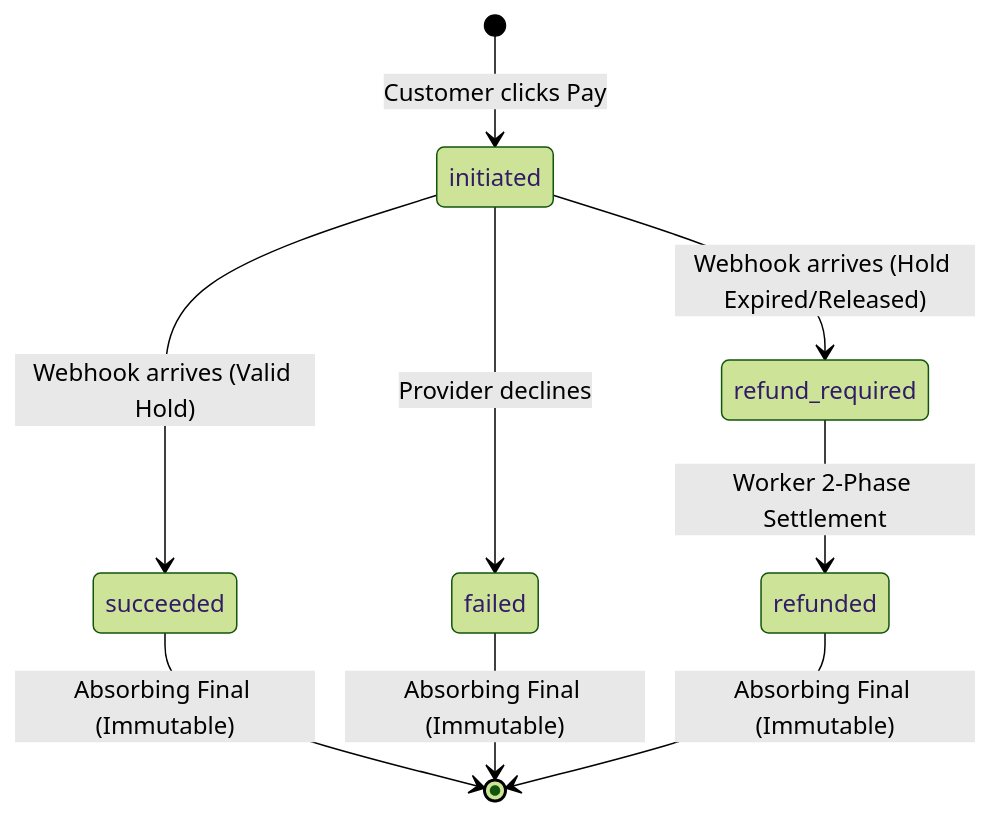
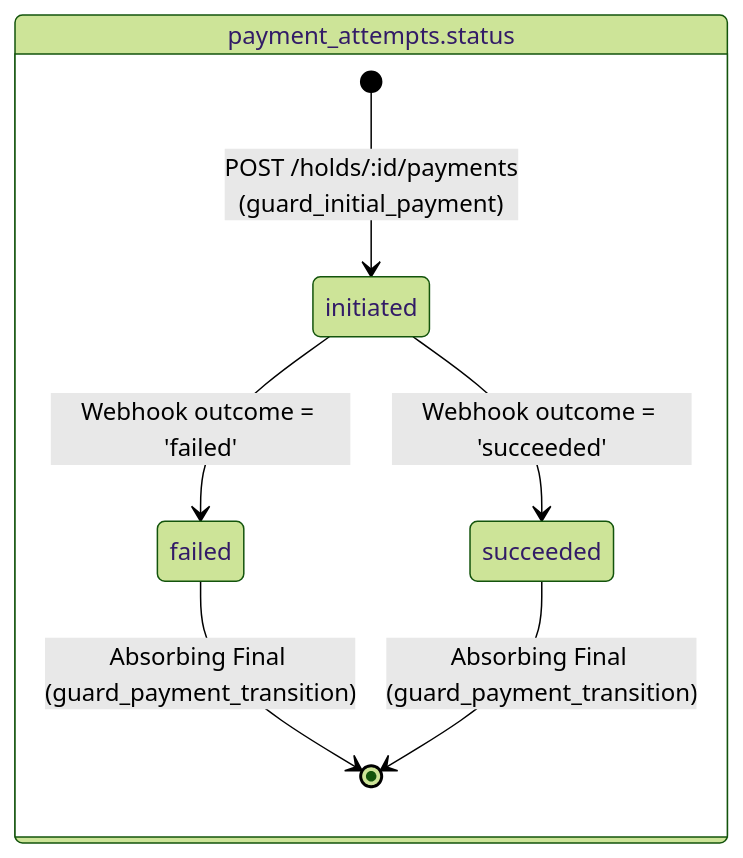
Before and after one commit to YuvvrajSingh/seat-rush: the fifth of 6 diagrams in docs/SYSTEMS_DESIGN.md, drawn with Mermaid (forest theme). The commit also changed other lines of this file and 17 other files, not shown here.

Commit message:
docs: apply zero-drift fixes, elevate Mermaid diagrams with failure branches, and reshoot production screenshots

````diff
--- a/docs/SYSTEMS_DESIGN.md
+++ b/docs/SYSTEMS_DESIGN.md
@@ -319,12 +378,11 @@
 ```mermaid
 stateDiagram-v2
-    [*] --> initiated: Customer clicks Pay
-    initiated --> succeeded: Webhook arrives (Valid Hold)
-    initiated --> failed: Provider declines
-    initiated --> refund_required: Webhook arrives (Hold Expired/Released)
-
-    succeeded --> [*]: Absorbing Final (Immutable)
-    failed --> [*]: Absorbing Final (Immutable)
-    refund_required --> refunded: Worker 2-Phase Settlement
-    refunded --> [*]: Absorbing Final (Immutable)
+    direction LR
+    state "payment_attempts.status" as PA {
+        [*] --> initiated: POST /holds/:id/payments<br/>(guard_initial_payment)
+        initiated --> failed: Webhook outcome = 'failed'
+        initiated --> succeeded: Webhook outcome = 'succeeded'
+        failed --> [*]: Absorbing Final (guard_payment_transition)
+        succeeded --> [*]: Absorbing Final (guard_payment_transition)
+    }
 ```
````
